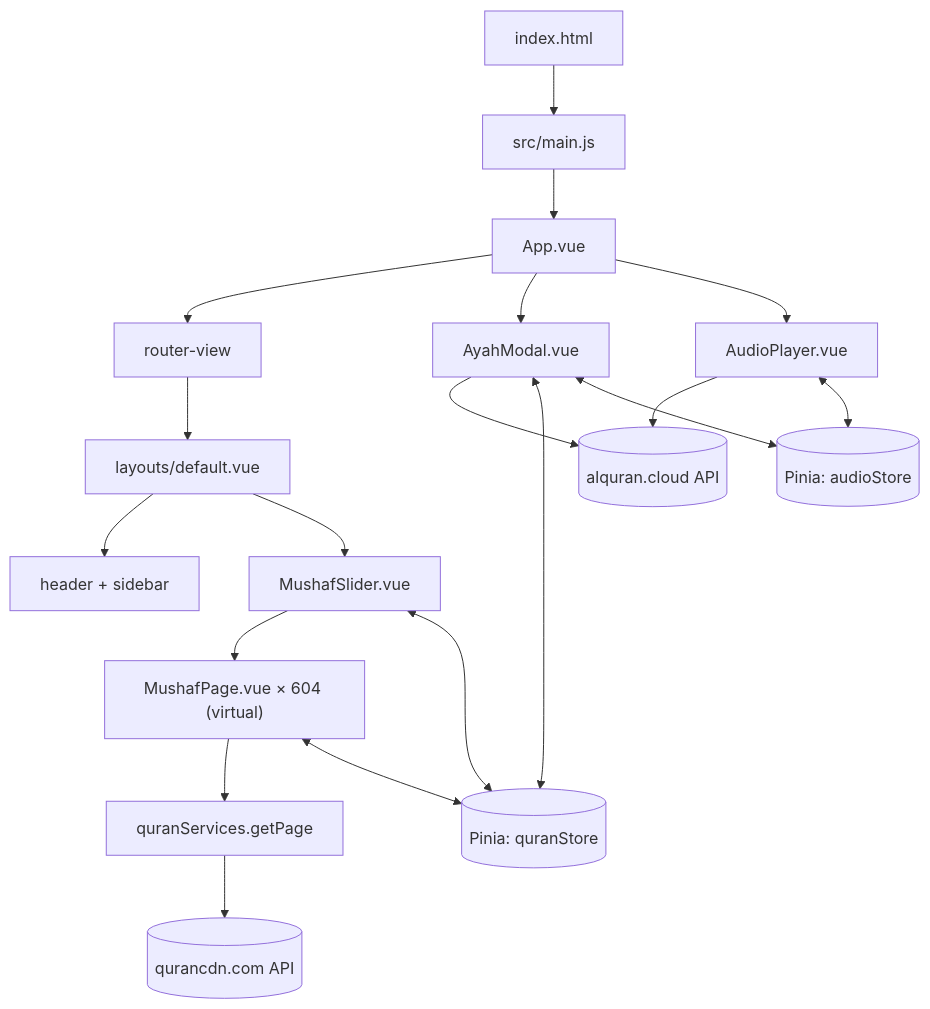
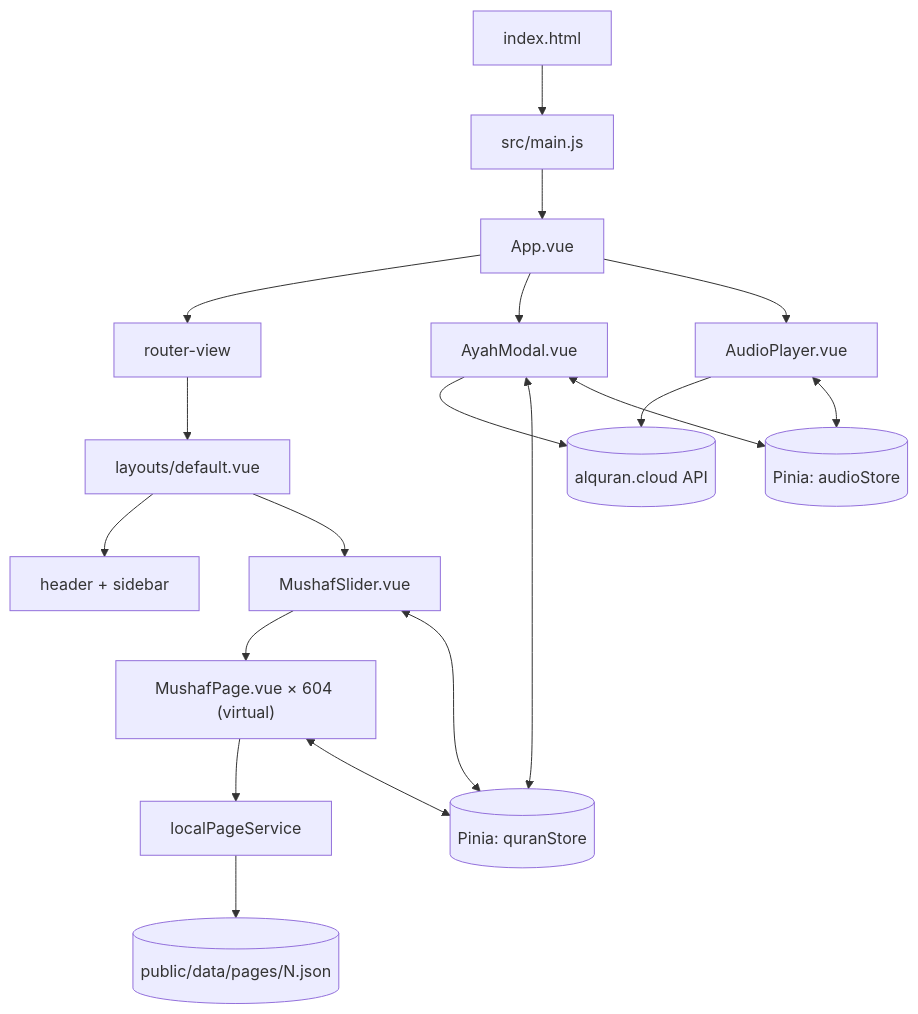
Before and after one commit to saadamamss/quran-app: the first of 3 diagrams in docs/ARCHITECTURE.md, drawn with Mermaid. The commit also changed other lines of this file and 19 other files, not shown here.

First line of the commit message:
Render Mushaf pages from the local dataset

````diff
--- a/docs/ARCHITECTURE.md
+++ b/docs/ARCHITECTURE.md
@@ -9,21 +9,21 @@
 ```mermaid
 flowchart TD
     A[index.html] --> B[src/main.js]
     B --> C[App.vue]
     C --> D[router-view]
     D --> E[layouts/default.vue]
     E --> F[header + sidebar]
     E --> G[MushafSlider.vue]
     G --> H["MushafPage.vue × 604 (virtual)"]
-    H --> I[quranServices.getPage]
-    I --> J[(qurancdn.com API)]
+    H --> I[localPageService]
+    I --> J[(public/data/pages/N.json)]
     C --> K[AyahModal.vue]
     C --> L[AudioPlayer.vue]
     K --> M[(alquran.cloud API)]
     L --> M
     G <--> N[(Pinia: quranStore)]
     H <--> N
     L <--> O[(Pinia: audioStore)]
     K <--> N
     K <--> O
 ```
````
